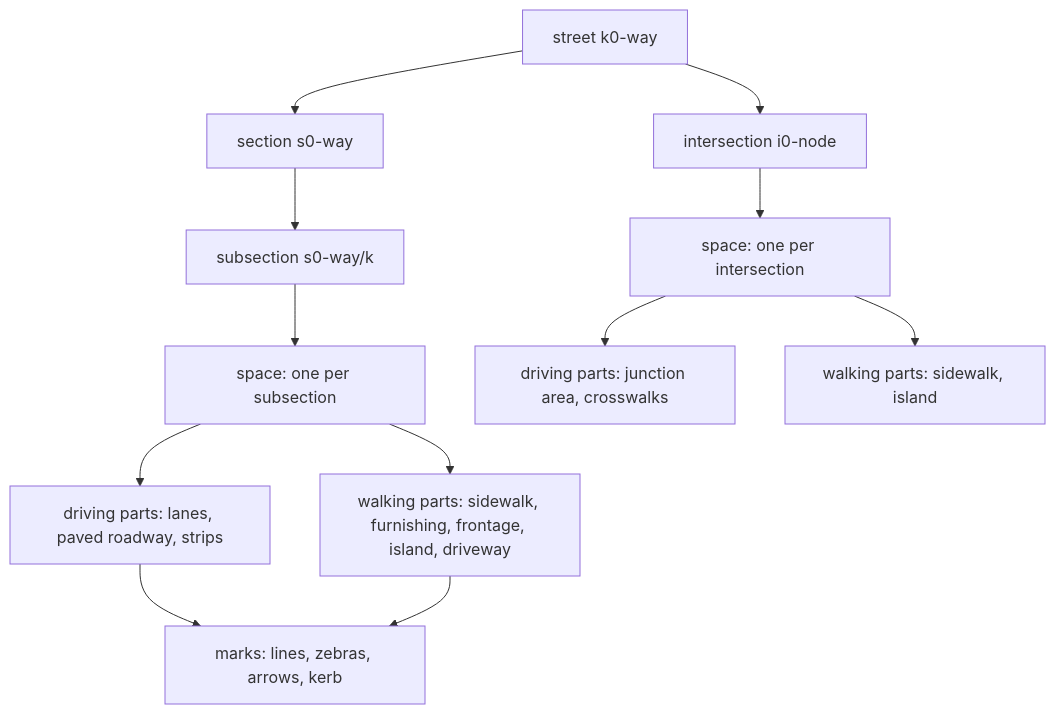
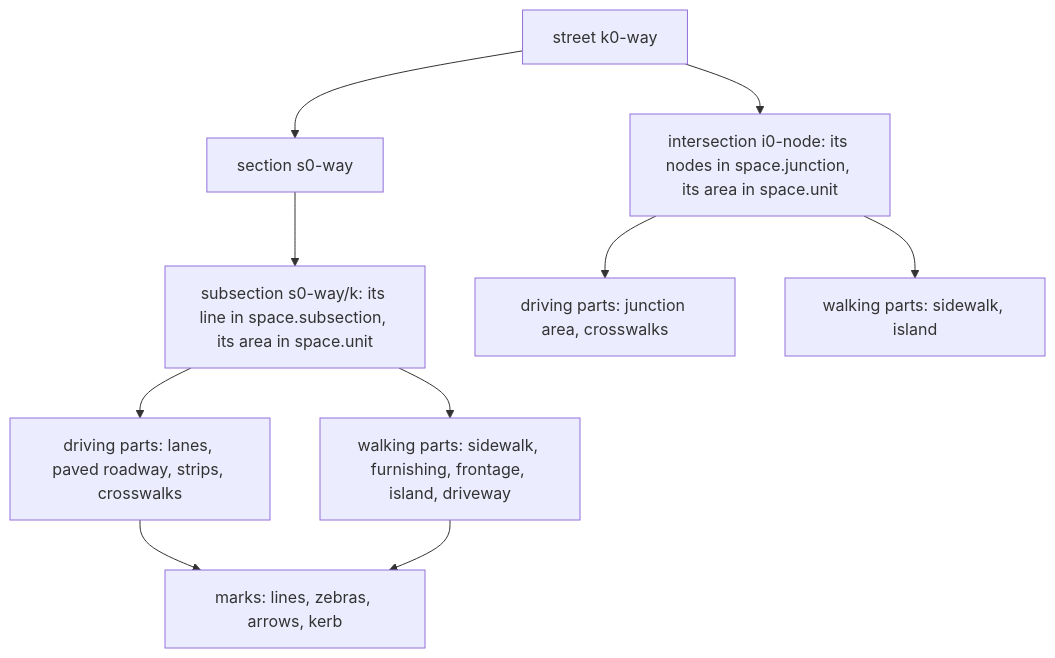
Before and after one commit to Khoshkhah/urbanstyle: the first of 3 diagrams in docs/design/steps.md, drawn with Mermaid. The commit also changed other lines of this file, not shown here.

Commit message:
docs/design/steps.md: a subsection is one object, its line in space.subsection and its area in space.unit; a space is no rank of its own

````diff
--- a/docs/design/steps.md
+++ b/docs/design/steps.md
@@ -17,14 +18,12 @@
 ```mermaid
 flowchart TD
     ST[street k0-way] --> SE[section s0-way]
-    SE --> SU[subsection s0-way/k]
-    ST --> IN[intersection i0-node]
-    SU --> SP[space: one per subsection]
-    IN --> SP2[space: one per intersection]
-    SP --> PD[driving parts: lanes, paved roadway, strips]
-    SP --> PW[walking parts: sidewalk, furnishing, frontage, island, driveway]
-    SP2 --> PJ[driving parts: junction area, crosswalks]
-    SP2 --> PW2[walking parts: sidewalk, island]
+    SE --> SU[subsection s0-way/k: its line in space.subsection, its area in space.unit]
+    ST --> IN[intersection i0-node: its nodes in space.junction, its area in space.unit]
+    SU --> PD[driving parts: lanes, paved roadway, strips, crosswalks]
+    SU --> PW[walking parts: sidewalk, furnishing, frontage, island, driveway]
+    IN --> PJ[driving parts: junction area, crosswalks]
+    IN --> PW2[walking parts: sidewalk, island]
     PD --> MK[marks: lines, zebras, arrows, kerb]
     PW --> MK
 ```
````
